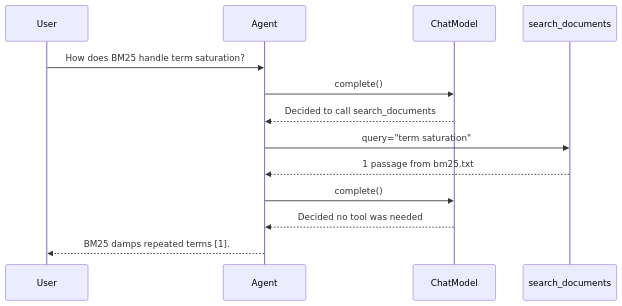
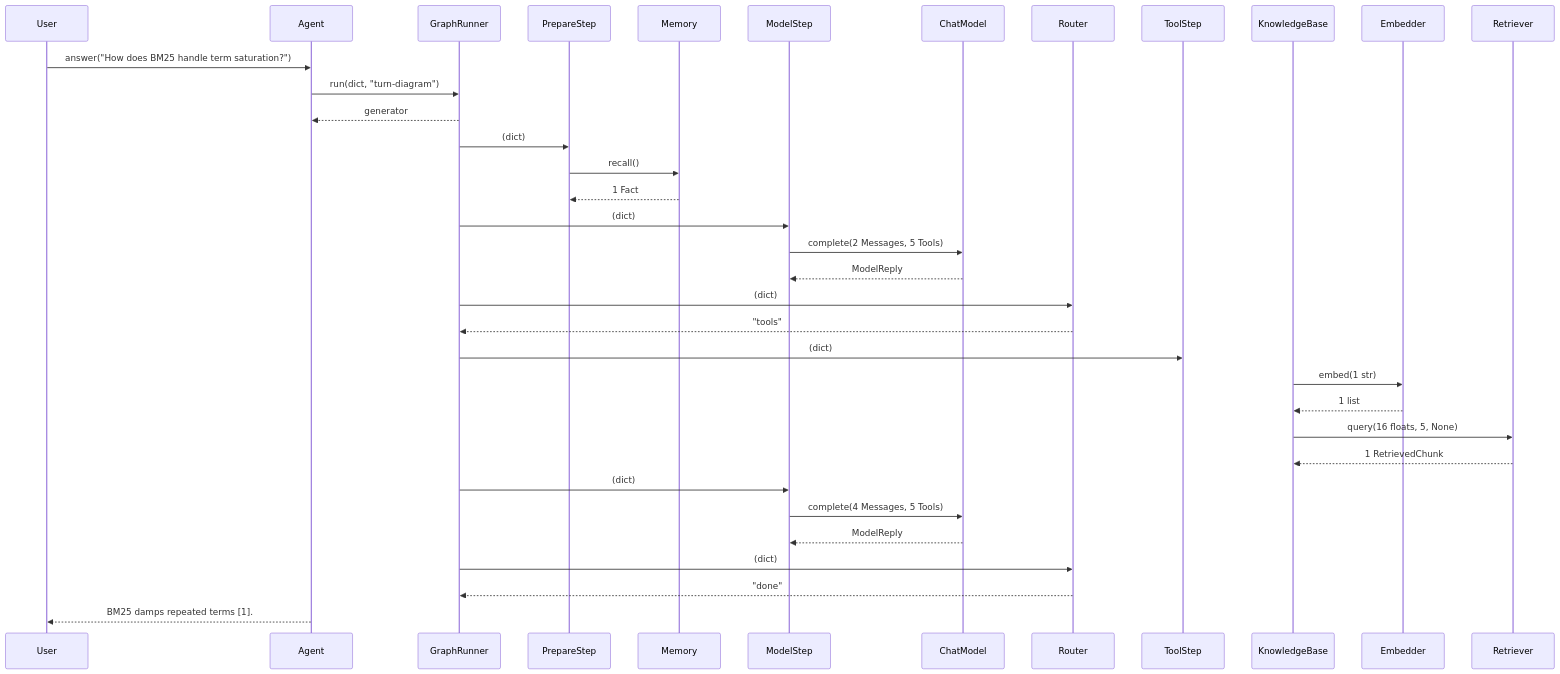
The second of 2 diagrams in docs/diagrams.md (aschog/cora), drawn with Mermaid before and after one commit. The commit also changed 1 other file, not shown here.

Commit message:
feat: record one turn as it runs

````diff
--- a/docs/diagrams.md
+++ b/docs/diagrams.md
@@ -55,11 +55,25 @@
 ```mermaid
 sequenceDiagram
-  User->>Agent: How does BM25 handle term saturation?
-  Agent->>ChatModel: complete()
-  ChatModel-->>Agent: Decided to call search_documents
-  Agent->>search_documents: query="term saturation"
-  search_documents-->>Agent: 1 passage from bm25.txt
-  Agent->>ChatModel: complete()
-  ChatModel-->>Agent: Decided no tool was needed
+  User->>Agent: answer("How does BM25 handle term saturation?")
+  Agent->>GraphRunner: run(dict, "turn-diagram")
+  GraphRunner-->>Agent: generator
+  GraphRunner->>PrepareStep: (dict)
+  PrepareStep->>Memory: recall()
+  Memory-->>PrepareStep: 1 Fact
+  GraphRunner->>ModelStep: (dict)
+  ModelStep->>ChatModel: complete(2 Messages, 5 Tools)
+  ChatModel-->>ModelStep: ModelReply
+  GraphRunner->>Router: (dict)
+  Router-->>GraphRunner: "tools"
+  GraphRunner->>ToolStep: (dict)
+  KnowledgeBase->>Embedder: embed(1 str)
+  Embedder-->>KnowledgeBase: 1 list
+  KnowledgeBase->>Retriever: query(16 floats, 5, None)
+  Retriever-->>KnowledgeBase: 1 RetrievedChunk
+  GraphRunner->>ModelStep: (dict)
+  ModelStep->>ChatModel: complete(4 Messages, 5 Tools)
+  ChatModel-->>ModelStep: ModelReply
+  GraphRunner->>Router: (dict)
+  Router-->>GraphRunner: "done"
   Agent-->>User: BM25 damps repeated terms [1].
 ```
````
